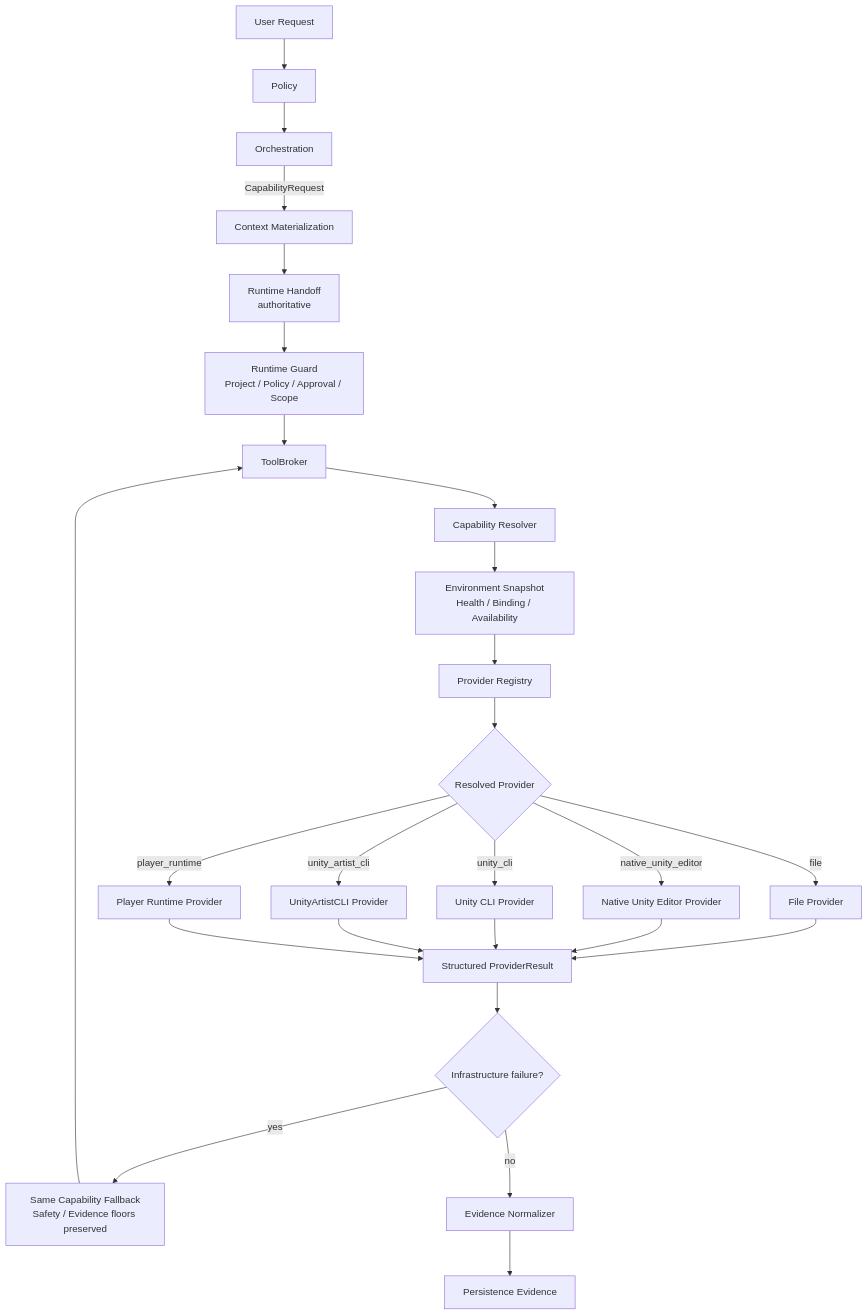
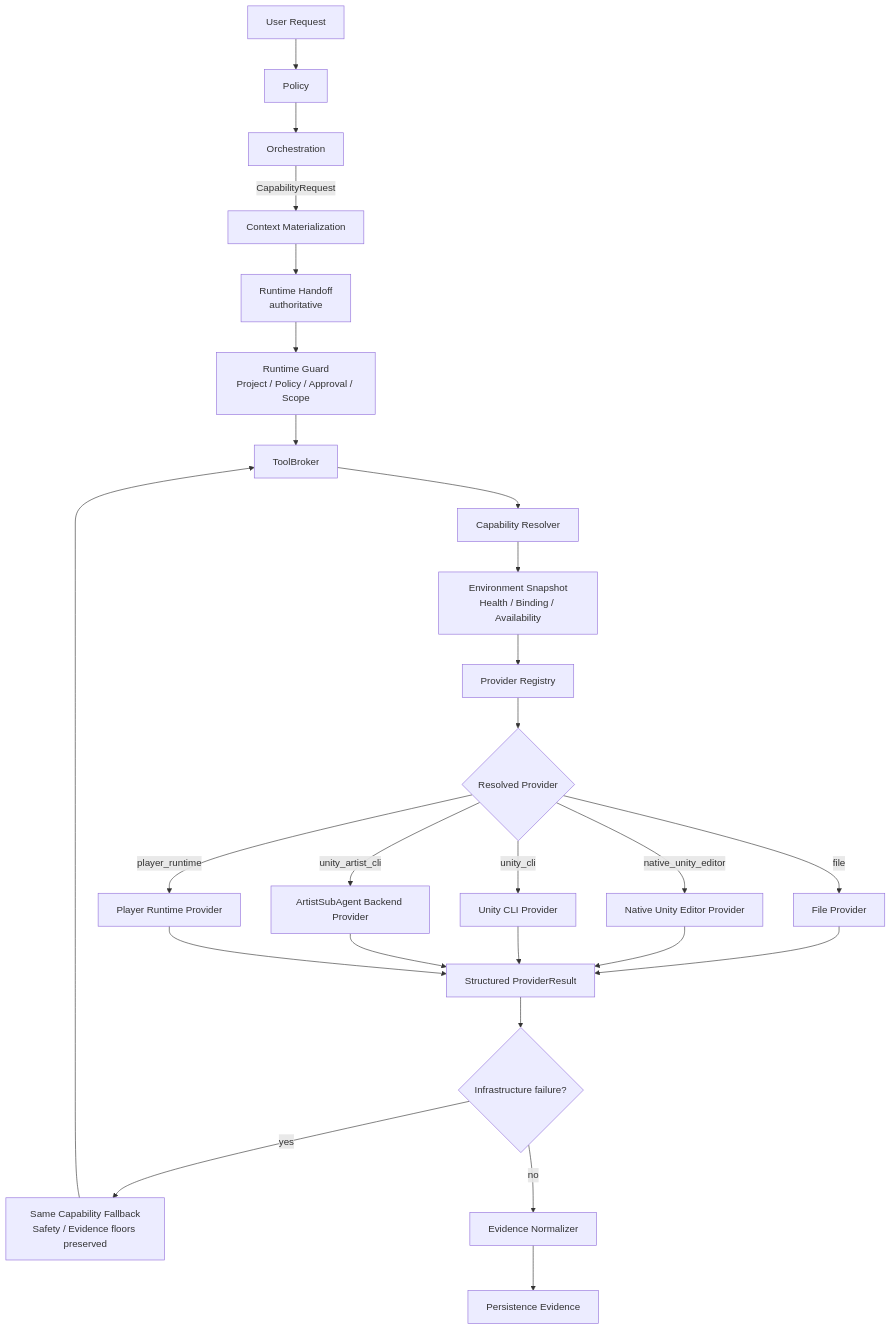
One commit to DarumaPPAP/UnityAgent changed the first of 6 diagrams in docs/architecture/production-tool-runtime.md. Above: the diagram before and after it, drawn with Mermaid. The commit also changed other lines of this file, not shown here.

Commit message:
docs: label unity_artist_cli as ArtistSubAgent backend

````diff
--- a/docs/architecture/production-tool-runtime.md
+++ b/docs/architecture/production-tool-runtime.md
@@ -42,32 +42,32 @@
 ```mermaid
 flowchart TD
     U[User Request] --> P[Policy]
     P --> O[Orchestration]
     O -->|CapabilityRequest| C[Context Materialization]
     C --> H[Runtime Handoff<br/>authoritative]
 
     H --> G[Runtime Guard<br/>Project / Policy / Approval / Scope]
     G --> B[ToolBroker]
     B --> R[Capability Resolver]
     R --> E[Environment Snapshot<br/>Health / Binding / Availability]
     E --> PR[Provider Registry]
 
     PR --> D{Resolved Provider}
     D -->|file| PF[File Provider]
     D -->|native_unity_editor| PN[Native Unity Editor Provider]
     D -->|unity_cli| PC[Unity CLI Provider]
-    D -->|unity_artist_cli| PA[UnityArtistCLI Provider]
+    D -->|unity_artist_cli| PA[ArtistSubAgent Backend Provider]
     D -->|player_runtime| PP[Player Runtime Provider]
 
     PF --> X[Structured ProviderResult]
     PN --> X
     PC --> X
     PA --> X
     PP --> X
 
     X --> F{Infrastructure failure?}
     F -->|yes| FB[Same Capability Fallback<br/>Safety / Evidence floors preserved]
     FB --> B
     F -->|no| N[Evidence Normalizer]
     N --> PE[Persistence Evidence]
 ```
````
